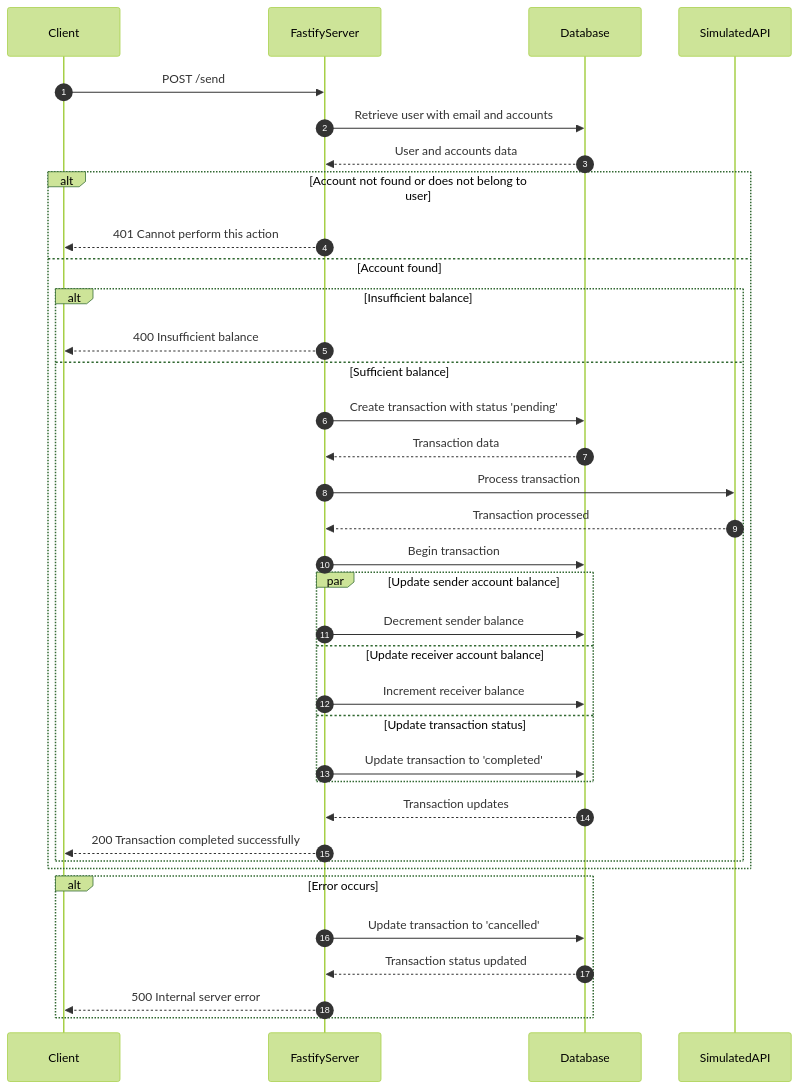
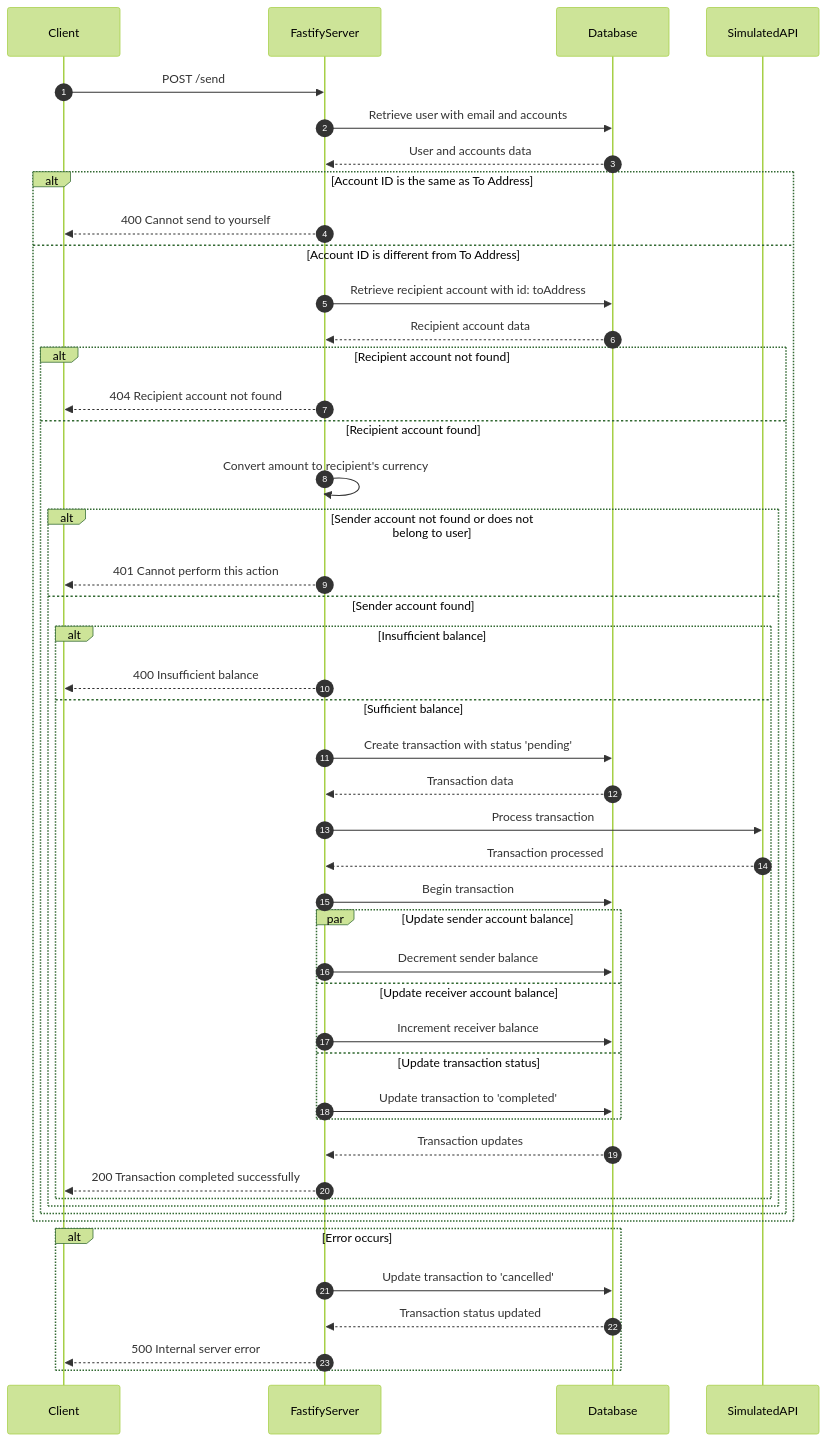
The diagram in README.md (btrongtin/saola-crypto-trading-backend), drawn with Mermaid (forest theme) before and after one commit. The commit also changed other lines of this file and 6 other files, not shown here.

````diff
--- a/README.md
+++ b/README.md
@@ -72,44 +75,58 @@
      ```mermaid
-      sequenceDiagram
-      autonumber
-      participant Client
-      participant FastifyServer
-      participant Database
-      participant SimulatedAPI
+        sequenceDiagram
+        autonumber
+        participant Client
+        participant FastifyServer
+        participant Database
+        participant SimulatedAPI
 
-      Client->>FastifyServer: POST /send
-      FastifyServer->>Database: Retrieve user with email and accounts
-      Database-->>FastifyServer: User and accounts data
+        Client->>FastifyServer: POST /send
+        FastifyServer->>Database: Retrieve user with email and accounts
+        Database-->>FastifyServer: User and accounts data
 
-      alt Account not found or does not belong to user
-          FastifyServer-->>Client: 401 Cannot perform this action
-      else Account found
-          alt Insufficient balance
-              FastifyServer-->>Client: 400 Insufficient balance
-          else Sufficient balance
-              FastifyServer->>Database: Create transaction with status 'pending'
-              Database-->>FastifyServer: Transaction data
+        alt Account ID is the same as To Address
+            FastifyServer-->>Client: 400 Cannot send to yourself
+        else Account ID is different from To Address
+            FastifyServer->>Database: Retrieve recipient account with id: toAddress
+            Database-->>FastifyServer: Recipient account data
 
-              FastifyServer->>SimulatedAPI: Process transaction
-              SimulatedAPI-->>FastifyServer: Transaction processed
+            alt Recipient account not found
+                FastifyServer-->>Client: 404 Recipient account not found
+            else Recipient account found
+                FastifyServer->>FastifyServer: Convert amount to recipient's currency
 
-              FastifyServer->>Database: Begin transaction
-              par Update sender account balance
-                  FastifyServer->>Database: Decrement sender balance
-              and Update receiver account balance
-                  FastifyServer->>Database: Increment receiver balance
-              and Update transaction status
-                  FastifyServer->>Database: Update transaction to 'completed'
-              end
-              Database-->>FastifyServer: Transaction updates
+                alt Sender account not found or does not belong to user
+                    FastifyServer-->>Client: 401 Cannot perform this action
+                else Sender account found
+                    alt Insufficient balance
+                        FastifyServer-->>Client: 400 Insufficient balance
+                    else Sufficient balance
+                        FastifyServer->>Database: Create transaction with status 'pending'
+                        Database-->>FastifyServer: Transaction data
 
-              FastifyServer-->>Client: 200 Transaction completed successfully
-          end
-      end
+                        FastifyServer->>SimulatedAPI: Process transaction
+                        SimulatedAPI-->>FastifyServer: Transaction processed
 
-      alt Error occurs
-          FastifyServer->>Database: Update transaction to 'cancelled'
-          Database-->>FastifyServer: Transaction status updated
-          FastifyServer-->>Client: 500 Internal server error
-      end
+                        FastifyServer->>Database: Begin transaction
+                        par Update sender account balance
+                            FastifyServer->>Database: Decrement sender balance
+                        and Update receiver account balance
+                            FastifyServer->>Database: Increment receiver balance
+                        and Update transaction status
+                            FastifyServer->>Database: Update transaction to 'completed'
+                        end
+                        Database-->>FastifyServer: Transaction updates
+
+                        FastifyServer-->>Client: 200 Transaction completed successfully
+                    end
+                end
+            end
+        end
+
+        alt Error occurs
+            FastifyServer->>Database: Update transaction to 'cancelled'
+            Database-->>FastifyServer: Transaction status updated
+            FastifyServer-->>Client: 500 Internal server error
+        end
+
      ```
````
